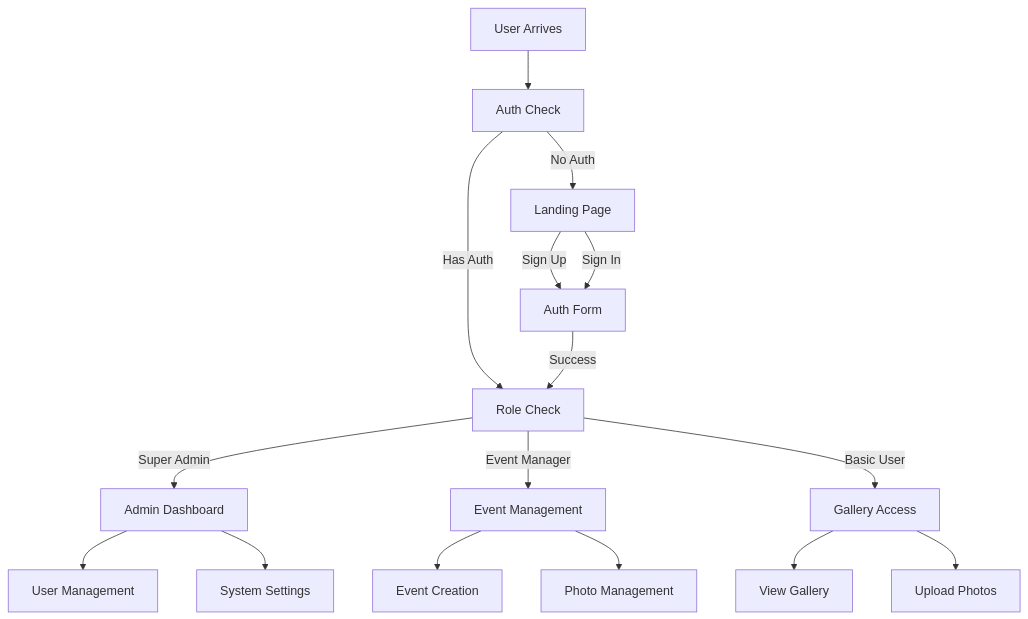
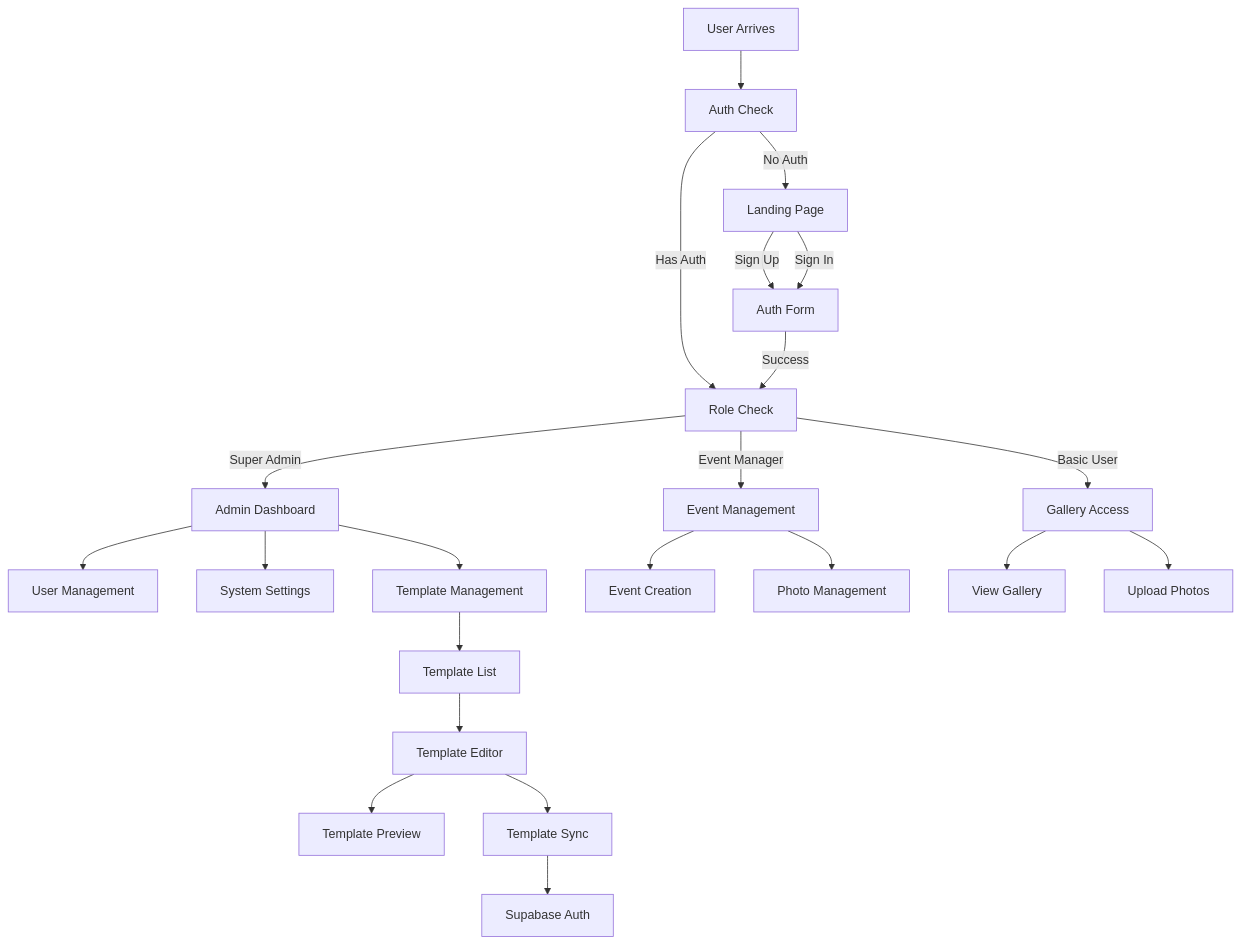
One commit to mrj0nesmtl/cloud-burst changed the first of 3 diagrams in docs/user-flows/user_flow_chart.md. Above: the diagram before and after it, drawn with Mermaid. The commit also changed other lines of this file and 28 other files, not shown here.

Commit message:
v0.1.17: Documentation Update - Email Template Management System and Project Structure

````diff
--- a/docs/user-flows/user_flow_chart.md
+++ b/docs/user-flows/user_flow_chart.md
@@ -7,24 +7,32 @@
 ```mermaid
 flowchart TD
     A[User Arrives] --> B[Auth Check]
     B --> |No Auth| C[Landing Page]
     B --> |Has Auth| D[Role Check]
     
     C --> |Sign Up| E[Auth Form]
     C --> |Sign In| E
     
     E --> |Success| D
     
     D --> |Super Admin| F[Admin Dashboard]
     D --> |Event Manager| G[Event Management]
     D --> |Basic User| H[Gallery Access]
     
     F --> I[User Management]
     F --> J[System Settings]
+    F --> T[Template Management]
+    
+    T --> U[Template List]
+    U --> V[Template Editor]
+    V --> W[Template Preview]
+    V --> X[Template Sync]
     
     G --> K[Event Creation]
     G --> L[Photo Management]
     
     H --> M[View Gallery]
     H --> N[Upload Photos]
+    
+    X --> Y[Supabase Auth]
 ```
````
